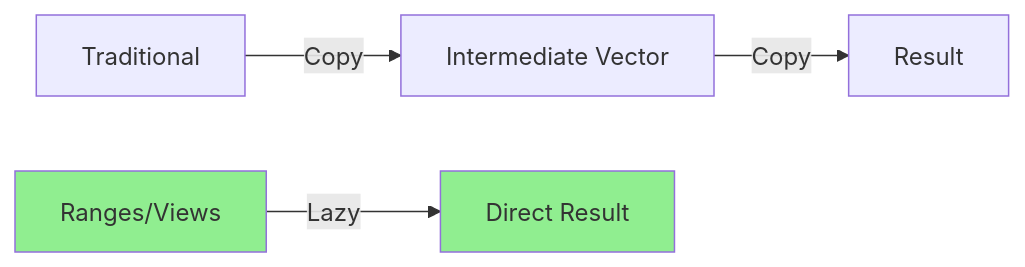
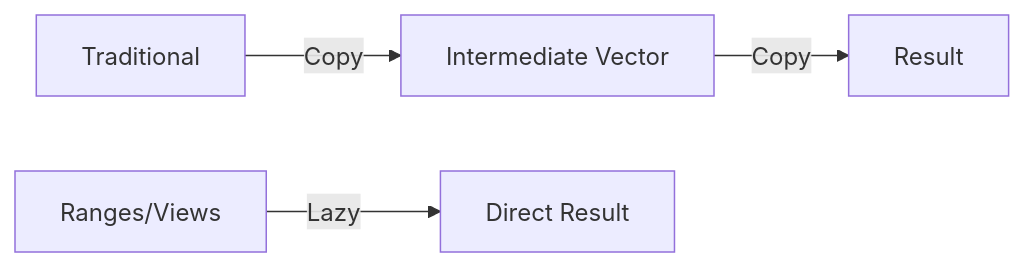
The second of 2 diagrams in docs/programming/cpp/09-standard-library/ranges.md (AndriiSonsiadlo/knowledge-base), drawn with Mermaid before and after one commit. The commit also changed 6 other files, not shown here.

Commit message:
style (C++): drop hardcoded mermaid fills in stdlib, concurrency and idioms

````diff
--- a/docs/programming/cpp/09-standard-library/ranges.md
+++ b/docs/programming/cpp/09-standard-library/ranges.md
@@ -344,10 +344,8 @@
 ```mermaid
 graph LR
     A[Traditional] -->|Copy| B[Intermediate Vector]
     B -->|Copy| C[Result]
     
     D[Ranges/Views] -->|Lazy| E[Direct Result]
     
-    style D fill:#90EE90
-    style E fill:#90EE90
 ```
````
